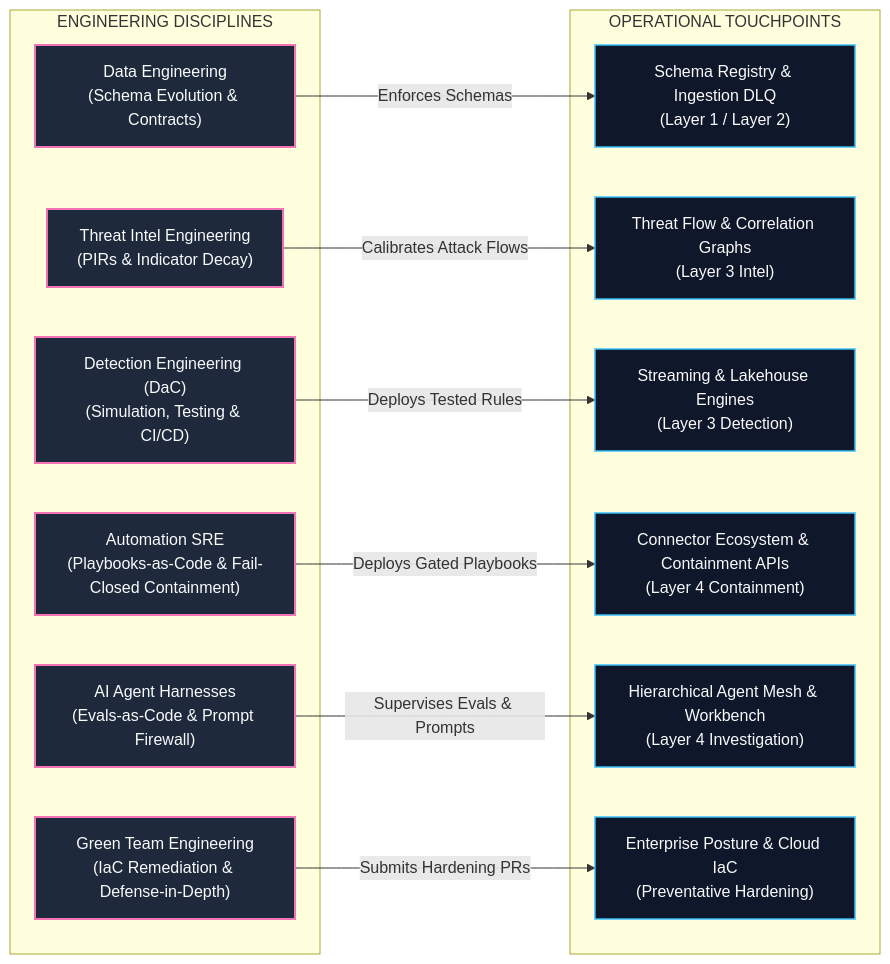
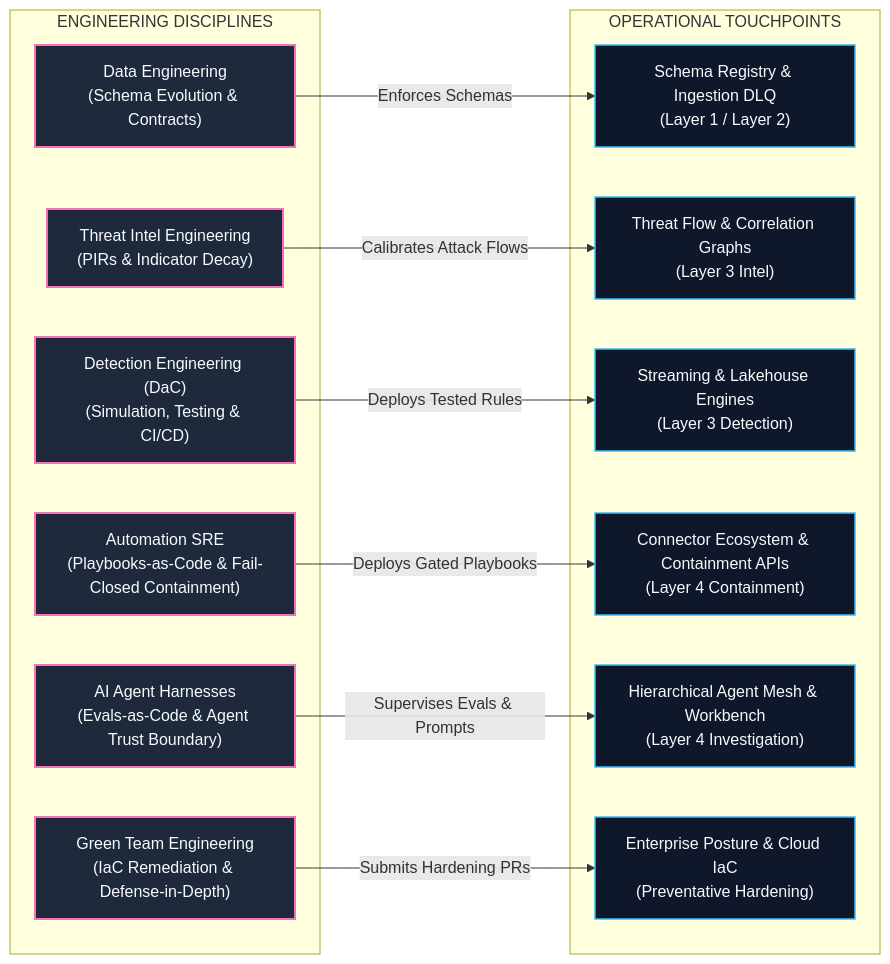
Before and after one commit to Haribu/TIDIR: the second of 3 diagrams in docs/architecture/01-system-overview.md, drawn with Mermaid. The commit also changed other lines of this file and 21 other files, not shown here.

Commit message:
feat(release): v1.0.0 — world-class reference architecture, assurance map, 4-plane model, and machine graph

````diff
--- a/docs/architecture/01-system-overview.md
+++ b/docs/architecture/01-system-overview.md
@@ -86,31 +91,31 @@
 ```mermaid
 flowchart LR
   %% Styling Classes
   classDef eng fill:#1e293b,stroke:#f472b6,stroke-width:2px,color:#f8fafc;
   classDef target fill:#0f172a,stroke:#38bdf8,stroke-width:1.5px,color:#f8fafc;
 
   subgraph DISCIPLINES ["ENGINEERING DISCIPLINES"]
     E1["Data Engineering\n(Schema Evolution & Contracts)"]:::eng
     E2["Threat Intel Engineering\n(PIRs & Indicator Decay)"]:::eng
     E3["Detection Engineering (DaC)\n(Simulation, Testing & CI/CD)"]:::eng
     E4["Automation SRE\n(Playbooks-as-Code & Fail-Closed Containment)"]:::eng
-    E5["AI Agent Harnesses\n(Evals-as-Code & Prompt Firewall)"]:::eng
+    E5["AI Agent Harnesses\n(Evals-as-Code & Agent Trust Boundary)"]:::eng
     E6["Green Team Engineering\n(IaC Remediation & Defense-in-Depth)"]:::eng
   end
 
   subgraph TARGETS ["OPERATIONAL TOUCHPOINTS"]
     T_REG["Schema Registry & Ingestion DLQ\n(Layer 1 / Layer 2)"]:::target
     T_GRAPH["Threat Flow & Correlation Graphs\n(Layer 3 Intel)"]:::target
     T_ENG["Streaming & Lakehouse Engines\n(Layer 3 Detection)"]:::target
     T_RESP["Connector Ecosystem & Containment APIs\n(Layer 4 Containment)"]:::target
     T_OPS["Hierarchical Agent Mesh & Workbench\n(Layer 4 Investigation)"]:::target
     T_PREV["Enterprise Posture & Cloud IaC\n(Preventative Hardening)"]:::target
   end
 
   E1 -->|Enforces Schemas| T_REG
   E2 -->|Calibrates Attack Flows| T_GRAPH
   E3 -->|Deploys Tested Rules| T_ENG
   E4 -->|Deploys Gated Playbooks| T_RESP
   E5 -->|Supervises Evals & Prompts| T_OPS
   E6 -->|Submits Hardening PRs| T_PREV
 ```
````
